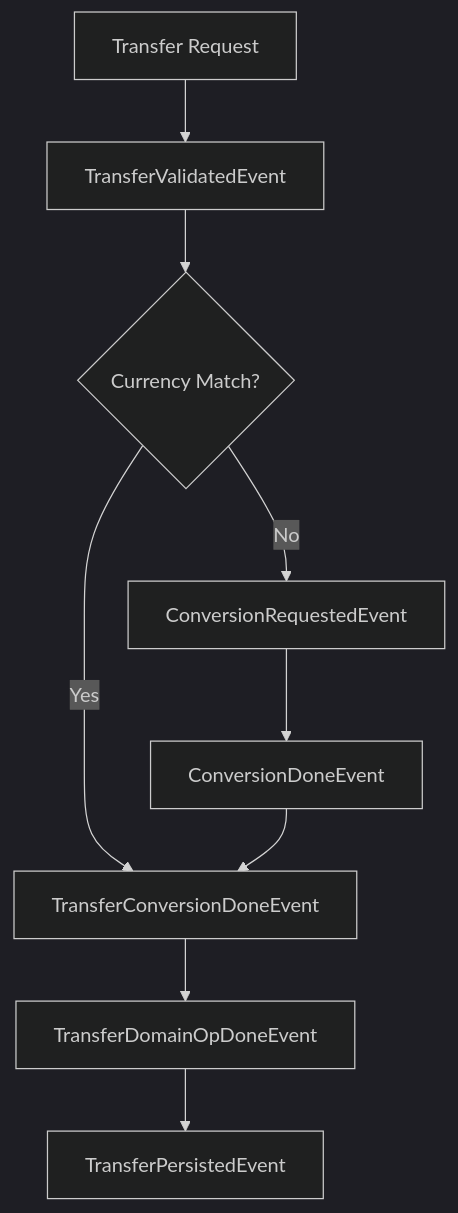
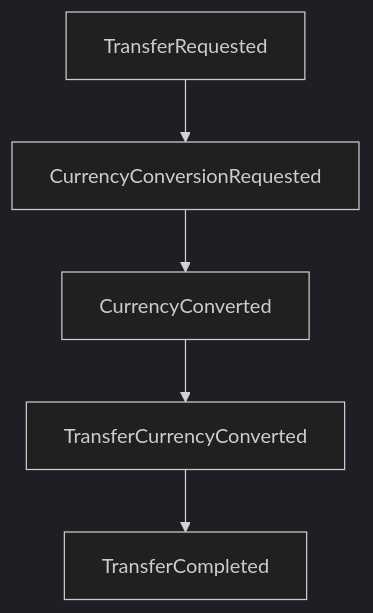
The third of 3 diagrams in docs/refactoring/event-driven-architecture.md (amirasaad/fintech), drawn with Mermaid (dark theme) before and after one commit. The commit also changed other lines of this file and 161 other files, not shown here.

````diff
--- a/docs/refactoring/event-driven-architecture.md
+++ b/docs/refactoring/event-driven-architecture.md
@@ -67,11 +59,7 @@
 ```mermaid
 graph TD
-    A[Transfer Request] --> B[TransferValidatedEvent]
-    B --> C{Currency Match?}
-    C -->|No| D[ConversionRequestedEvent]
-    C -->|Yes| E[TransferConversionDoneEvent]
-    D --> F[ConversionDoneEvent]
-    F --> E
-    E --> G[TransferDomainOpDoneEvent]
-    G --> H[TransferPersistedEvent]
+    A[TransferRequested] --> B[CurrencyConversionRequested]
+    B --> C[CurrencyConverted]
+    C --> D[TransferCurrencyConverted]
+    D --> E[TransferCompleted]
 ```
````
